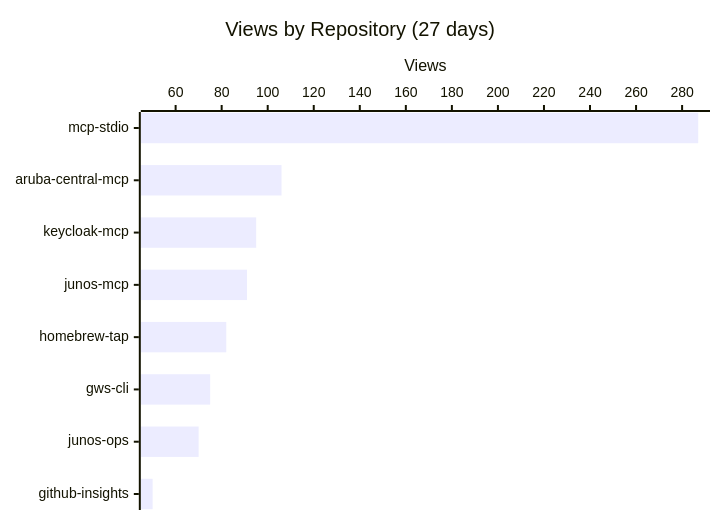
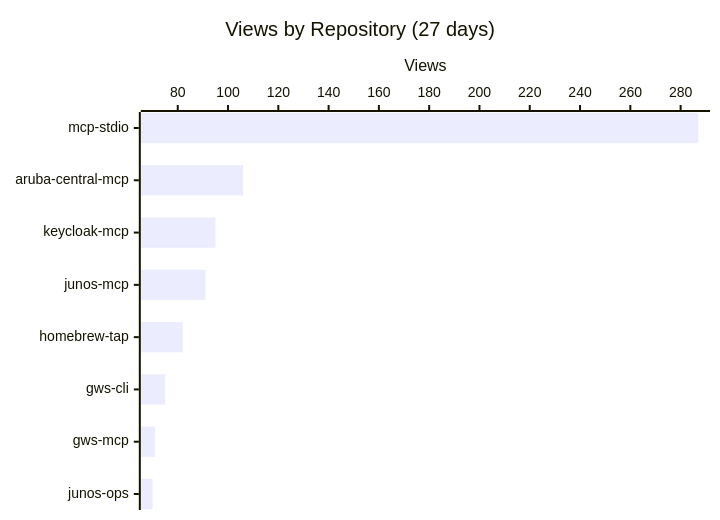
Before and after one commit to shigechika/github-insights: the first of 3 diagrams in README.md, drawn with Mermaid. The commit also changed other lines of this file and 1 other file, not shown here.

````diff
--- a/README.md
+++ b/README.md
@@ -32,7 +32,7 @@
 ```mermaid
 xychart-beta horizontal
     title "Views by Repository (27 days)"
-    x-axis ["mcp-stdio", "aruba-central-mcp", "keycloak-mcp", "junos-mcp", "homebrew-tap", "gws-cli", "junos-ops", "github-insights"]
+    x-axis ["mcp-stdio", "aruba-central-mcp", "keycloak-mcp", "junos-mcp", "homebrew-tap", "gws-cli", "gws-mcp", "junos-ops"]
     y-axis "Views"
-    bar [287, 106, 95, 91, 82, 75, 70, 50]
+    bar [287, 106, 95, 91, 82, 75, 71, 70]
 ```
````
